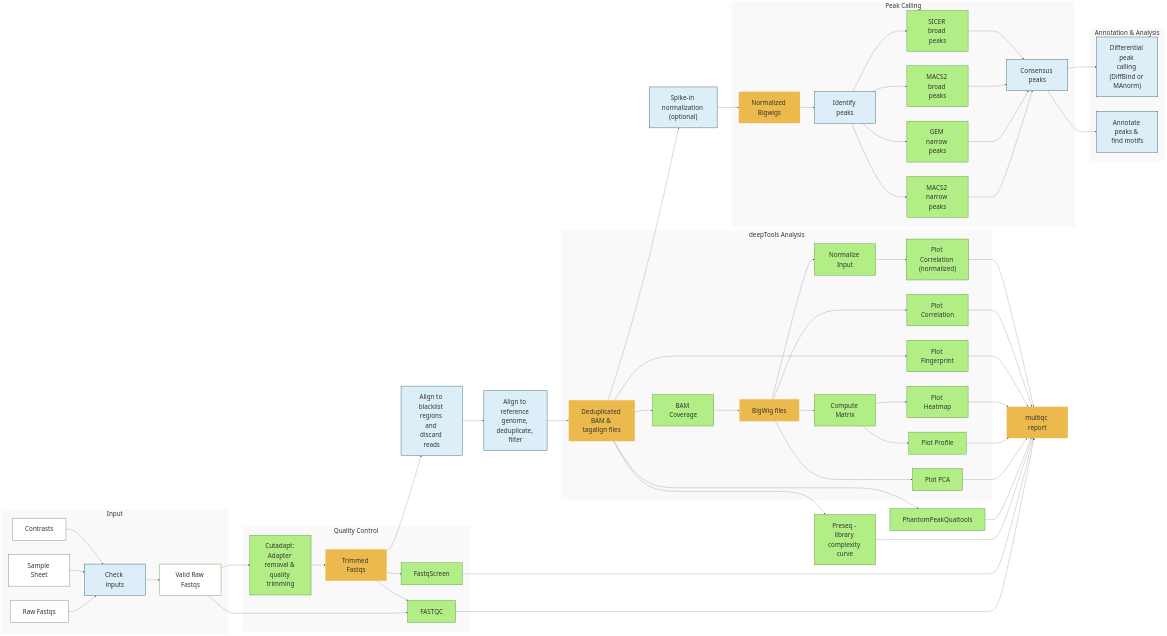
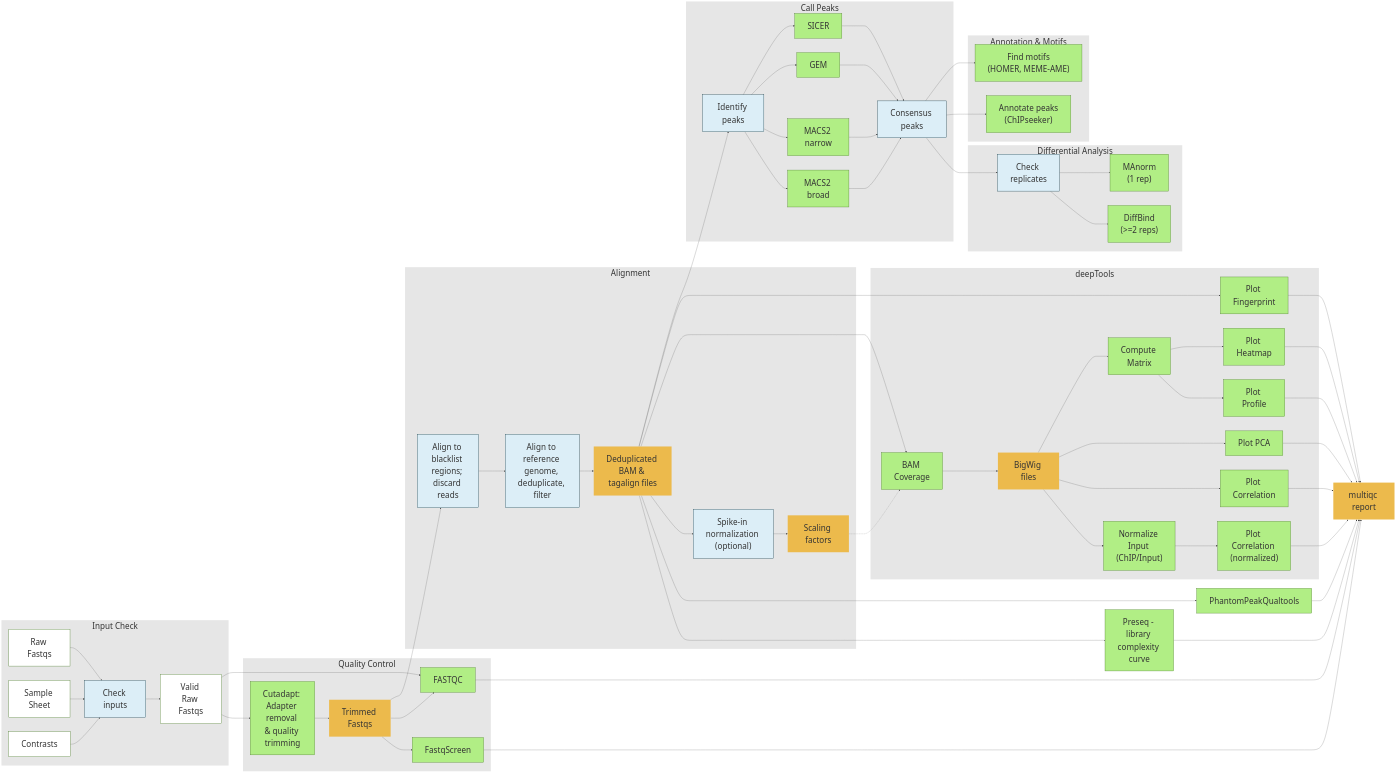
One commit to CCBR/CHAMPAGNE changed the diagram in dev/diagram/workflow.mermaid. Above: the diagram before and after it, drawn with Mermaid. The commit also changed 22 other files, not shown here.

```diff
--- a/dev/diagram/workflow.mermaid
+++ b/dev/diagram/workflow.mermaid
@@ -1,102 +1,115 @@
 flowchart LR
 
 %%{init: {
   "themeVariables": {
      "background": "transparent",
-     "fontSize": "35px" },
+     "fontSize": "45px" },
   "flowchart": {
     "nodeSpacing": 80,
     "rankSpacing": 80,
     "padding": 35,
     "htmlLabels": true
 }}}%%
 
   %% Input
-  subgraph INPUT["Input"]
+  subgraph INPUT["<span style='white-space:nowrap'>Input Check</span>"]
     Raw["Raw Fastqs"]:::input
     Raw --> Check["Check inputs"]:::process
     Samplesheet["Sample Sheet"]:::input --> Check
     Contrasts:::input --> Check
     Check --> valid_raw["Valid Raw Fastqs"]:::input
   end
 
 
   %% Quality Control
-  subgraph QC["Quality Control"]
+  subgraph QC["<span style='white-space:nowrap'>Quality Control</span>"]
     valid_raw --> Trimming["Cutadapt: Adapter removal & quality trimming"]:::tool
     Trimming --> Trimmed["Trimmed Fastqs"]:::output
     Trimmed --> fqscreen["FastqScreen"]:::tool
     valid_raw --> fqc["FASTQC"]:::tool
     Trimmed --> fqc
   end
-  fqc --> MultiQC["multiqc report"]:::output
-  fqscreen --> MultiQC
+
+%% make sure MultiQC is outside any subgraph
+fqc --> MultiQC["multiqc report"]:::output
+fqscreen --> MultiQC
+
+%% Library & Complexity Assessment
+BAMs --> preseq["Preseq - library complexity curve"]:::tool
+BAMs --> ppqt["PhantomPeakQualtools"]:::tool
+preseq ---> MultiQC
+ppqt --> MultiQC
 
   %% Alignment
-  Trimmed --> Blacklist["Align to blacklist regions and discard reads"]:::process
-  Blacklist --> Align["Align to reference genome, deduplicate, filter"]:::process
-  Align --> BAMs["Deduplicated BAM & tagalign files"]:::output
+  subgraph ALIGNMENT["Alignment"]
+    Trimmed --> Blacklist["Align to blacklist regions; discard reads"]:::process
+    Blacklist --> Align["Align to reference genome, deduplicate, filter"]:::process
+    Align --> BAMs["Deduplicated BAM & tagalign files"]:::output
+    %% Normalization
+    BAMs --> Spike["Spike-in normalization (optional)"]:::process
+    Spike --> Scale["Scaling factors"]:::output
+  end
 
-  %% Library & Complexity Assessment
-  BAMs --> preseq["Preseq - library complexity curve"]:::tool
-  BAMs --> ppqt["PhantomPeakQualtools"]:::tool
-  preseq ---> MultiQC
-  ppqt --> MultiQC
-
-  %% Normalization
-  BAMs --> Spike["Spike-in normalization (optional)"]:::process
-  Spike --> NormBigwigs["Normalized Bigwigs"]:::output
 
   %% deepTools Analysis
-  subgraph DEEPTOOLS["deepTools Analysis"]
+  subgraph DEEPTOOLS["deepTools"]
     BAMs --> BAMcov["BAM Coverage"]:::tool
     BAMcov --> Bigwig["BigWig files"]:::output
-    Bigwig --> Normalize["Normalize Input"]:::tool
+    Bigwig --> Normalize["Normalize Input (ChIP/Input)"]:::tool
     Bigwig --> Correlation["Plot Correlation"]:::tool
     Bigwig --> PCA["Plot PCA"]:::tool
     Normalize --> CorrelationNorm["Plot Correlation (normalized)"]:::tool
     Bigwig --> Matrix["Compute Matrix"]:::tool
     Matrix --> Profile["Plot Profile"]:::tool
     Matrix --> Heatmap["Plot Heatmap"]:::tool
     BAMs --> Fingerprint["Plot Fingerprint"]:::tool
 
   end
 
+  Scale -.-> BAMcov
+
   PCA --> MultiQC
   Profile --> MultiQC
   Heatmap --> MultiQC
   Fingerprint --> MultiQC
   Correlation --> MultiQC
   CorrelationNorm --> MultiQC
 
   %% Peak Calling
-  subgraph PEAK["Peak Calling"]
-    NormBigwigs --> Peakcalling["Identify peaks"]:::process
-    Peakcalling --> MACS2narrow["MACS2 narrow peaks"]:::tool
-    Peakcalling --> GEM["GEM narrow peaks"]:::tool
-    Peakcalling --> MACS2broad["MACS2 broad peaks"]:::tool
-    Peakcalling --> SICER["SICER broad peaks"]:::tool
+  subgraph PEAK["<span style='white-space:nowrap'>Call Peaks</span>"]
+    BAMs --> Peakcalling["Identify peaks"]:::process
+    Peakcalling --> MACS2broad["MACS2 broad"]:::tool
+    Peakcalling --> MACS2narrow["MACS2 narrow"]:::tool
+    Peakcalling --> GEM["GEM"]:::tool
+    Peakcalling --> SICER["SICER"]:::tool
     MACS2narrow --> Consensus["Consensus peaks"]:::process
     GEM --> Consensus
     MACS2broad --> Consensus
     SICER --> Consensus
   end
 
-  %% Downstream Analysis
-  subgraph DOWNSTREAM["Annotation & Analysis"]
-    Consensus --> Diffbind["Differential peak calling (DiffBind or MAnorm)"]:::process
-    Consensus --> Annotate["Annotate peaks & find motifs"]:::process
+  subgraph DIFFERENTIAL["<span style='white-space:nowrap'>Differential Analysis</span>"]
+    Consensus --> RepCheck["Check replicates"]:::process
+    RepCheck --> Diffbind["<span style='white-space:nowrap'>DiffBind<br>(>=2 reps)</span>"]:::tool
+    RepCheck --> Manorm["<span style='white-space:nowrap'>MAnorm<br>(1 rep)</span>"]:::tool
+  end
+
+  subgraph ANNOTATION["<span style='white-space:nowrap'>Annotation &amp; Motifs</span>"]
+    Consensus --> Annotate["<span style='white-space:nowrap'>Annotate peaks<br>(ChIPseeker)</span>"]:::tool
+    Consensus --> Motifs["<span style='white-space:nowrap'>Find motifs<br>(HOMER, MEME-AME)</span>"]:::tool
   end
 
   %% Styles - FNL branding theme
   classDef input fill:#ffffff,stroke:#528230,stroke-width:2px;
   classDef process fill:#dceef7,stroke:#19424e,stroke-width:2px;
   classDef tool fill:#b1ee85,stroke:#528230,stroke-width:2px;
   classDef output fill:#ecba4c,stroke:none;
 
   %% Subgraph styling
-  style INPUT fill:#f9f9f9,stroke:none;
-  style QC fill:#f9f9f9,stroke:none;
-  style DEEPTOOLS fill:#f9f9f9,stroke:none;
-  style PEAK fill:#f9f9f9,stroke:none;
-  style DOWNSTREAM fill:#f9f9f9,stroke:none;
+  style INPUT fill:#e6e6e6,stroke:none;
+  style QC fill:#e6e6e6,stroke:none;
+  style ALIGNMENT fill:#e6e6e6,stroke:none;
+  style DEEPTOOLS fill:#e6e6e6,stroke:none;
+  style PEAK fill:#e6e6e6,stroke:none;
+  style DIFFERENTIAL fill:#e6e6e6,stroke:none;
+  style ANNOTATION fill:#e6e6e6,stroke:none;
```
